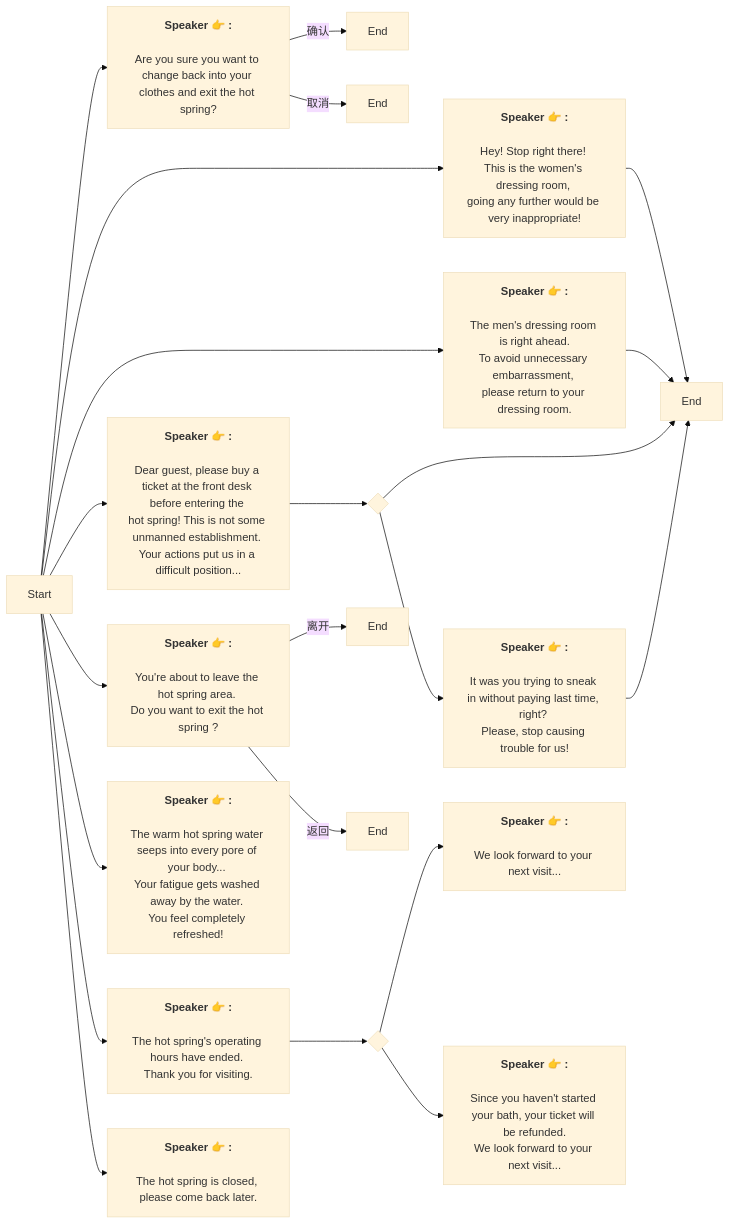
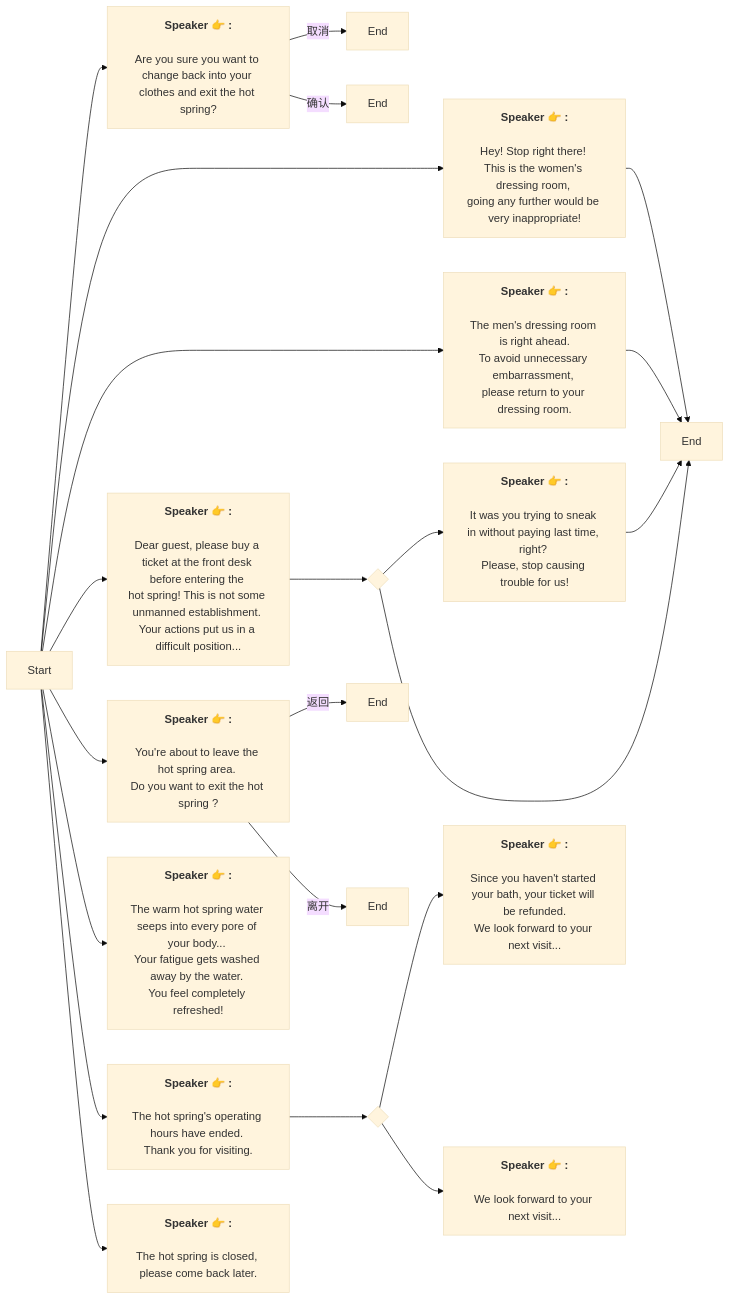
The diagram in Zh/HotSpringTip.md (SoftHu/tos_avg), drawn with Mermaid (base theme) before and after one commit. The commit also changed other lines of this file and 780 other files, not shown here.

````diff
--- a/Zh/HotSpringTip.md
+++ b/Zh/HotSpringTip.md
@@ -1,48 +1,48 @@
 ```mermaid
 graph LR
 Start -->1766836454846372[<b>Speaker 👉 :</b>
 \nAre you sure you want to change back into your 
 clothes and exit the hot spring?]
+1766836454846372 -->|取消|1766836566630315[End]
 1766836454846372 -->|确认|1766836562522026[End]
-1766836454846372 -->|取消|1766836566630315[End]
 Start -->1766852287585140[<b>Speaker 👉 :</b>
 \nHey! Stop right there! 
 This is the women's dressing room, 
 going any further would be very inappropriate!]
 1766852287585140 -->1766852287585141[End]
 Start -->1766852287586167[<b>Speaker 👉 :</b>
 \nThe men's dressing room is right ahead.
 To avoid unnecessary embarrassment, 
 please return to your dressing room.]
 1766852287586167 -->1766852287585141[End]
 Start -->1766852287587193[<b>Speaker 👉 :</b>
 \nDear guest, please buy a ticket at the front desk before entering the 
 hot spring! This is not some unmanned establishment. 
 Your actions put us in a difficult position...]
 1766852287587193 -->1767554785504117{ }
-1767554785504117 -->1766852287585141[End]
 1767554785504117 -->1767554932649846[<b>Speaker 👉 :</b>
 \nIt was you trying to sneak in without paying last time, right? 
 Please, stop causing trouble for us!]
+1767554785504117 -->1766852287585141[End]
 1767554932649846 -->1766852287585141[End]
 Start -->1766918374598516[<b>Speaker 👉 :</b>
 \nYou're about to leave the hot spring area. 
 Do you want to exit the hot spring ?]
+1766918374598516 -->|返回|1766918461645691[End]
 1766918374598516 -->|离开|1766918461645690[End]
-1766918374598516 -->|返回|1766918461645691[End]
 Start -->1767362903380854[<b>Speaker 👉 :</b>
 \nThe warm hot spring water seeps into every pore of your body... 
 Your fatigue gets washed away by the water. 
 You feel completely refreshed!]
 Start -->1767390022138742[<b>Speaker 👉 :</b>
 \nThe hot spring's operating hours have ended. 
 Thank you for visiting.]
 1767390022138742 -->1767393902223221{ }
+1767393902223221 -->1767393960097655[<b>Speaker 👉 :</b>
+\nSince you haven't started your bath, your ticket will be refunded.\nWe look forward to your next visit...]
 1767393902223221 -->1767393921749878[<b>Speaker 👉 :</b>
 \nWe look forward to your next visit...]
-1767393902223221 -->1767393960097655[<b>Speaker 👉 :</b>
-\nSince you haven't started your bath, your ticket will be refunded.\nWe look forward to your next visit...]
 Start -->1767391865579382[<b>Speaker 👉 :</b>
 \nThe hot spring is closed, please come back later.]
 
 ```
````
